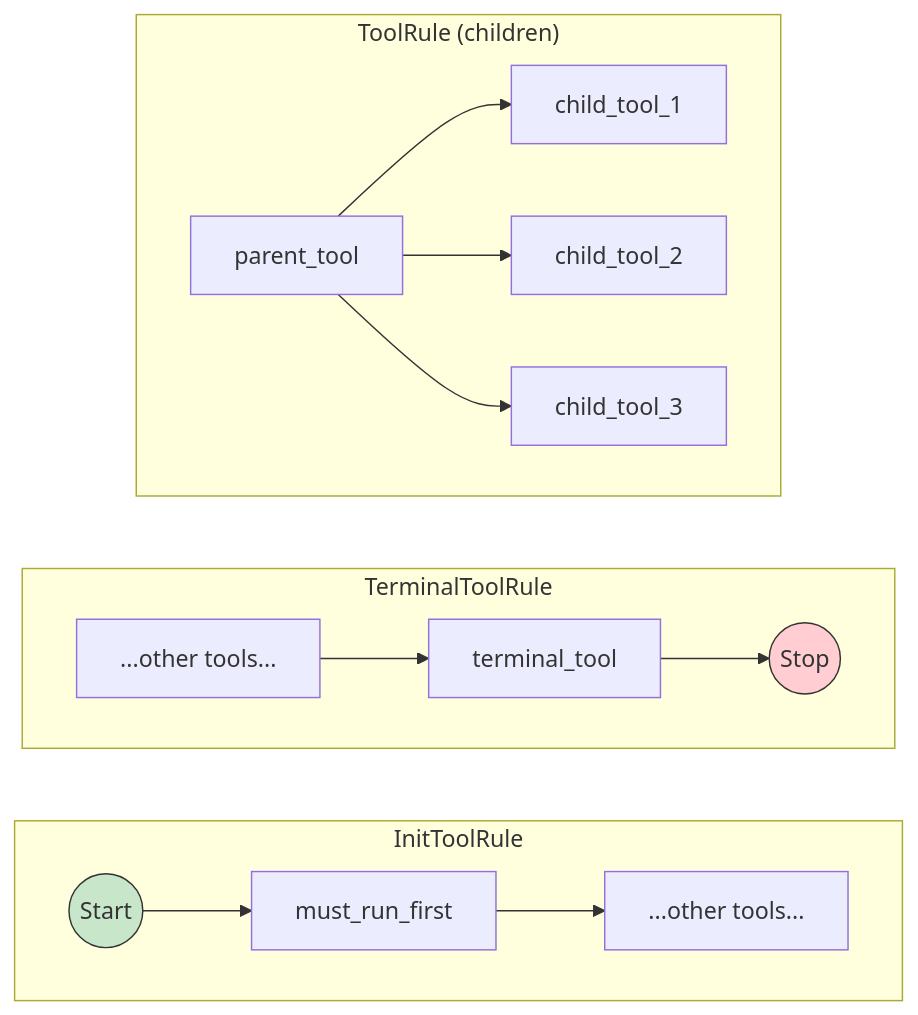
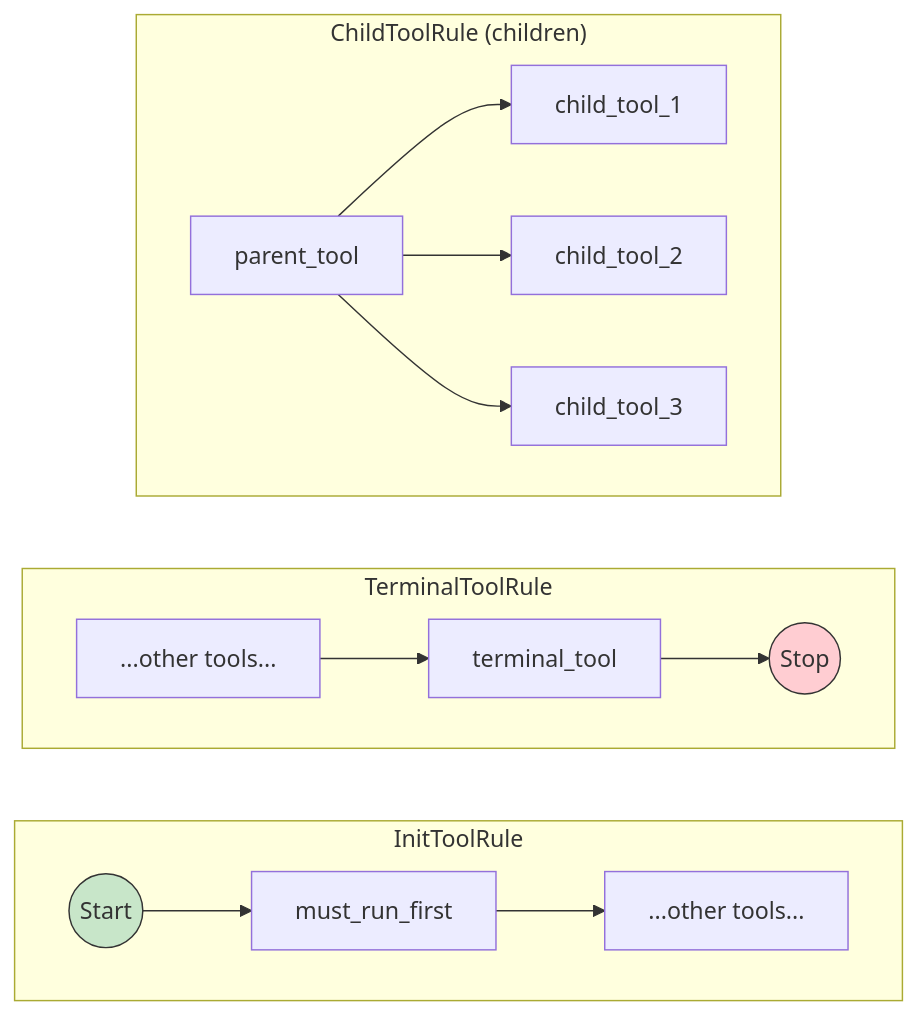
One commit to letta-ai/letta changed the diagram in apps/fern/pages/agents/tool_rules.mdx. Above: the diagram before and after it, drawn with Mermaid. The commit also changed other lines of this file and 11 other files, not shown here.

````diff
--- a/apps/fern/pages/agents/tool_rules.mdx
+++ b/apps/fern/pages/agents/tool_rules.mdx
@@ -14,25 +17,25 @@
 ```mermaid
 flowchart LR
     subgraph init["InitToolRule"]
         direction LR
         start((Start)) --> init_tool["must_run_first"]
         init_tool --> other1["...other tools..."]
     end
 
     subgraph terminal["TerminalToolRule"]
         direction LR
         other2["...other tools..."] --> term_tool["terminal_tool"] --> stop1((Stop))
     end
 
-    subgraph sequence["ToolRule (children)"]
+    subgraph sequence["ChildToolRule (children)"]
         direction LR
         parent_tool["parent_tool"] --> child1["child_tool_1"]
         parent_tool --> child2["child_tool_2"]
         parent_tool --> child3["child_tool_3"]
     end
 
     classDef stop fill:#ffcdd2,stroke:#333
     classDef start fill:#c8e6c9,stroke:#333
     class stop1 stop
     class start start
 ```
````
